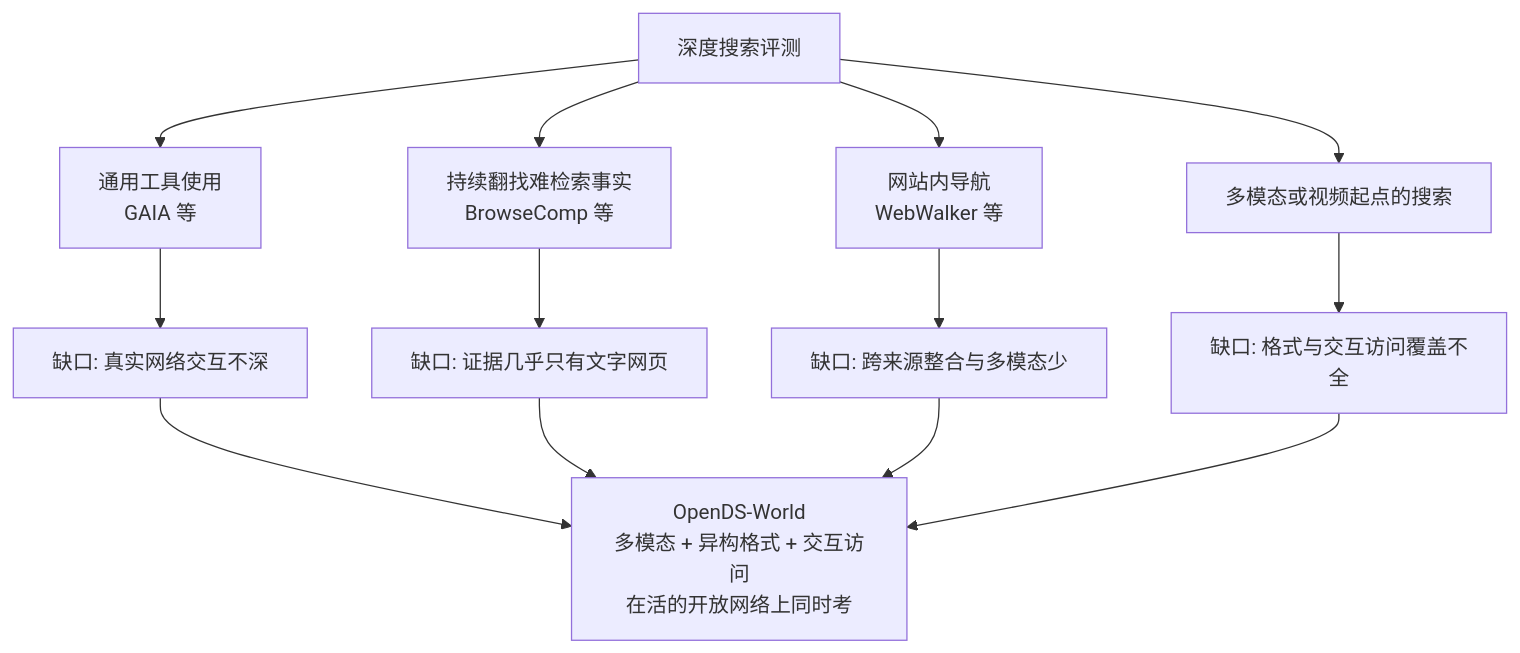
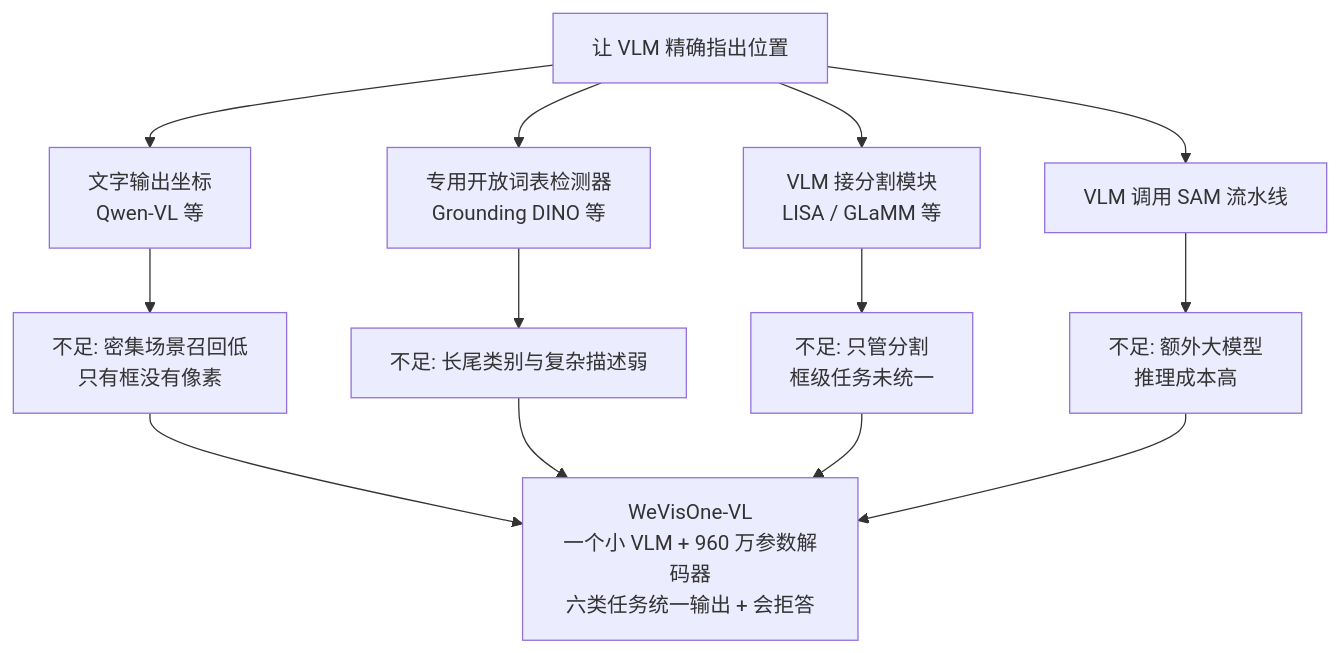
The first of 3 diagrams in docs/index.md (yingwang/paper-reads), drawn with Mermaid before and after one commit. The commit also changed other lines of this file and 2 other files, not shown here.

````diff
--- a/docs/index.md
+++ b/docs/index.md
@@ -74,15 +66,15 @@
 ```mermaid
 graph TD
-    A[深度搜索评测] --> B[通用工具使用<br/>GAIA 等]
-    A --> C[持续翻找难检索事实<br/>BrowseComp 等]
-    A --> D[网站内导航<br/>WebWalker 等]
-    A --> E[多模态或视频起点的搜索]
-    B --> F[缺口: 真实网络交互不深]
-    C --> G[缺口: 证据几乎只有文字网页]
-    D --> H[缺口: 跨来源整合与多模态少]
-    E --> I[缺口: 格式与交互访问覆盖不全]
-    F --> J[OpenDS-World<br/>多模态 + 异构格式 + 交互访问<br/>在活的开放网络上同时考]
-    G --> J
-    H --> J
-    I --> J
+    P[让 VLM 精确指出位置] --> A[文字输出坐标<br/>Qwen-VL 等]
+    P --> B[专用开放词表检测器<br/>Grounding DINO 等]
+    P --> C[VLM 接分割模块<br/>LISA / GLaMM 等]
+    P --> D[VLM 调用 SAM 流水线]
+    A --> A1[不足: 密集场景召回低<br/>只有框没有像素]
+    B --> B1[不足: 长尾类别与复杂描述弱]
+    C --> C1[不足: 只管分割<br/>框级任务未统一]
+    D --> D1[不足: 额外大模型<br/>推理成本高]
+    A1 --> W[WeVisOne-VL<br/>一个小 VLM + 960 万参数解码器<br/>六类任务统一输出 + 会拒答]
+    B1 --> W
+    C1 --> W
+    D1 --> W
 ```
````
